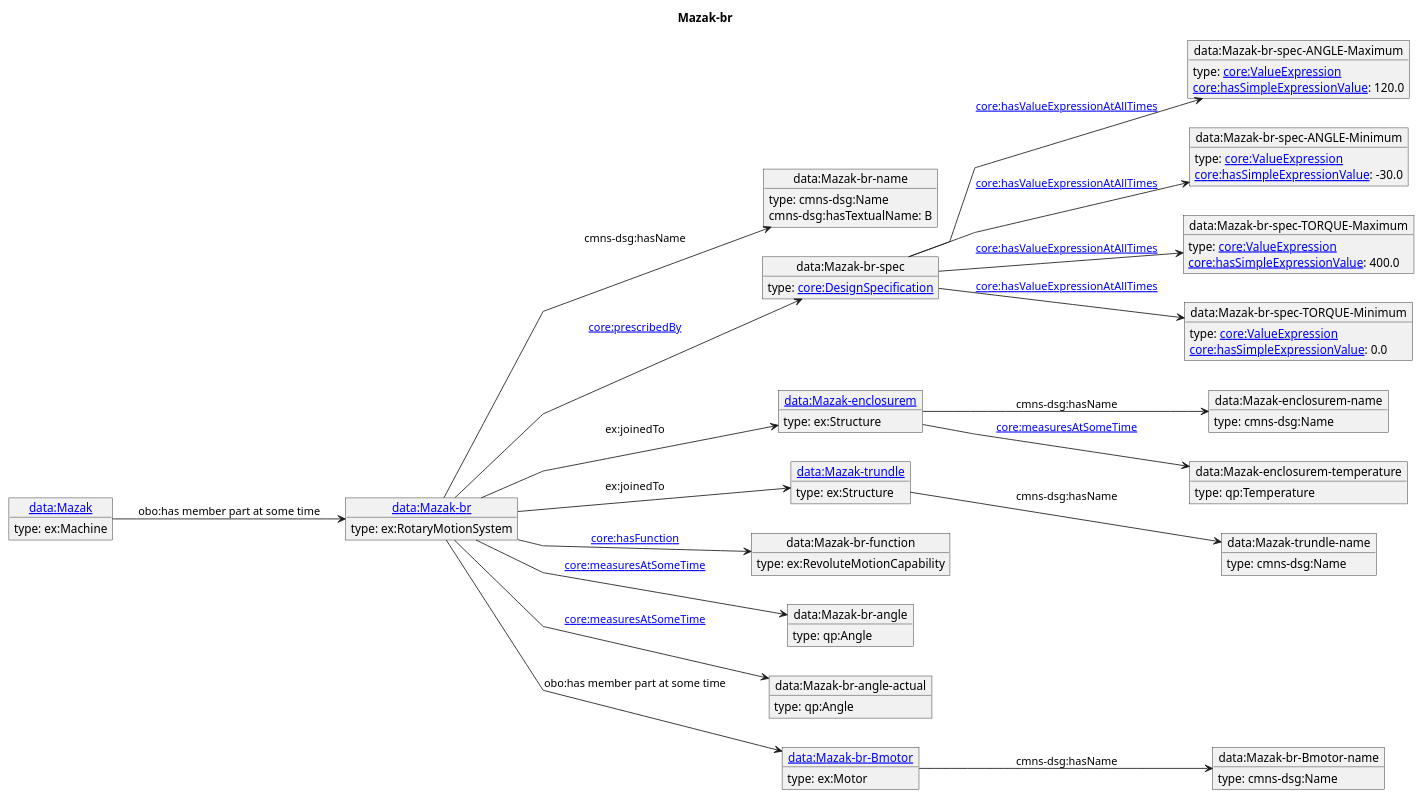
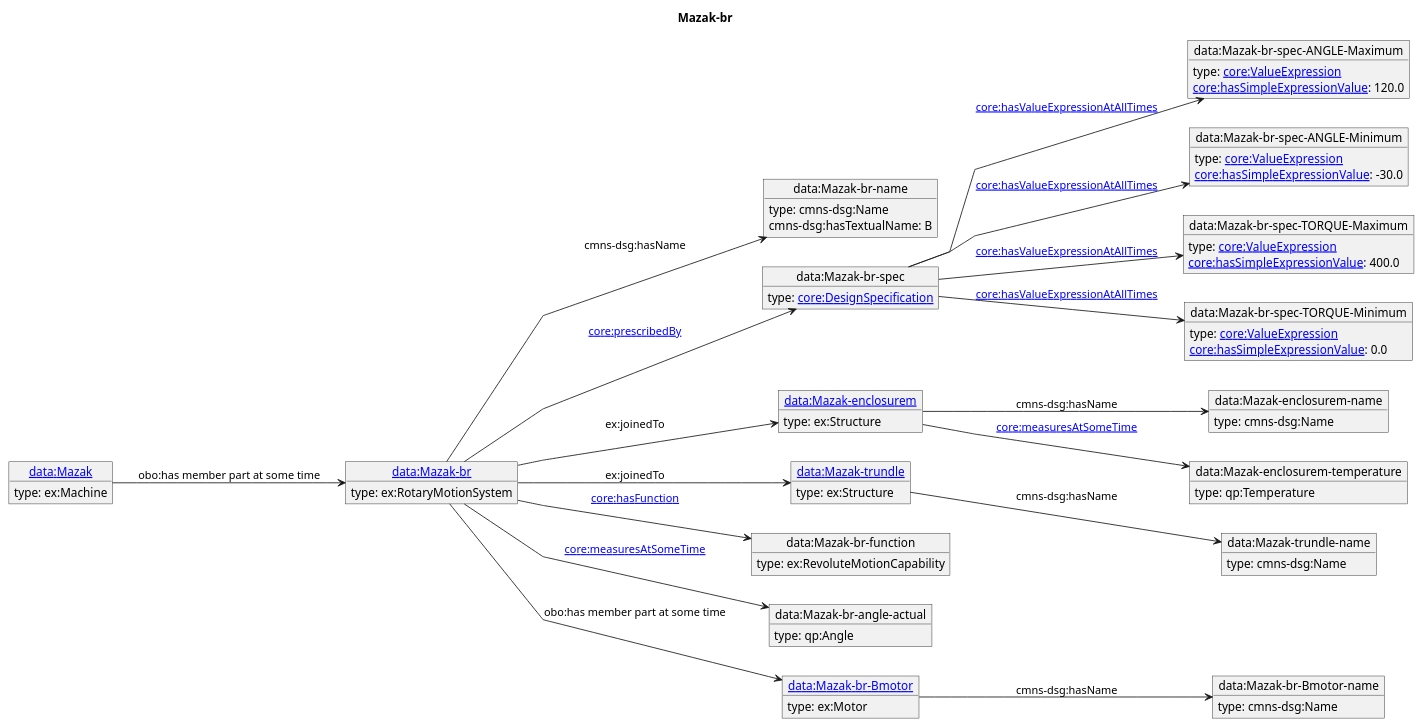
Before and after one commit to iofoundry/example-syseng-mtconnect: the diagram in diagrams/Mazak-br.puml, drawn with PlantUML. The commit also changed 25 other files, not shown here.

```diff
--- a/diagrams/Mazak-br.puml
+++ b/diagrams/Mazak-br.puml
@@ -1,81 +1,77 @@
 @startuml
 skinparam linetype polyline
 left to right direction
 title Mazak-br
 object "[[./Mazak-br.html data:Mazak-br]]" as o1 {
  type: ex:RotaryMotionSystem 
 }
 object "data:Mazak-br-name" as o2 {
  type: cmns-dsg:Name 
 }
 object "data:Mazak-br-spec" as o3 {
  type: [[https://spec.industrialontologies.org/ontology/core/Core/DesignSpecification core:DesignSpecification]] 
 }
 object "data:Mazak-br-spec-ANGLE-Maximum" as o4 {
  type: [[https://spec.industrialontologies.org/ontology/core/Core/ValueExpression core:ValueExpression]] 
 }
 object "data:Mazak-br-spec-ANGLE-Minimum" as o5 {
  type: [[https://spec.industrialontologies.org/ontology/core/Core/ValueExpression core:ValueExpression]] 
 }
 object "data:Mazak-br-spec-TORQUE-Maximum" as o6 {
  type: [[https://spec.industrialontologies.org/ontology/core/Core/ValueExpression core:ValueExpression]] 
 }
 object "data:Mazak-br-spec-TORQUE-Minimum" as o7 {
  type: [[https://spec.industrialontologies.org/ontology/core/Core/ValueExpression core:ValueExpression]] 
 }
 object "[[./Mazak-enclosurem.html data:Mazak-enclosurem]]" as o8 {
  type: ex:Structure 
 }
 object "data:Mazak-enclosurem-name" as o9 {
  type: cmns-dsg:Name 
 }
 object "data:Mazak-enclosurem-temperature" as o10 {
  type: qp:Temperature 
 }
 object "[[./Mazak-trundle.html data:Mazak-trundle]]" as o11 {
  type: ex:Structure 
 }
 object "data:Mazak-trundle-name" as o12 {
  type: cmns-dsg:Name 
 }
 object "data:Mazak-br-function" as o13 {
  type: ex:RevoluteMotionCapability 
 }
-object "data:Mazak-br-angle" as o14 {
+object "data:Mazak-br-angle-actual" as o14 {
  type: qp:Angle 
 }
-object "data:Mazak-br-angle-actual" as o15 {
- type: qp:Angle 
-}
-object "[[./Mazak-br-Bmotor.html data:Mazak-br-Bmotor]]" as o16 {
+object "[[./Mazak-br-Bmotor.html data:Mazak-br-Bmotor]]" as o15 {
  type: ex:Motor 
 }
-object "data:Mazak-br-Bmotor-name" as o17 {
+object "data:Mazak-br-Bmotor-name" as o16 {
  type: cmns-dsg:Name 
 }
-object "[[./Mazak.html data:Mazak]]" as o18 {
+object "[[./Mazak.html data:Mazak]]" as o17 {
  type: ex:Machine 
 }
 o1 --> o2 : cmns-dsg:hasName
 o2 : cmns-dsg:hasTextualName: B
 o1 --> o3 : [[https://spec.industrialontologies.org/ontology/core/Core/prescribedBy core:prescribedBy]]
 o3 --> o4 : [[https://spec.industrialontologies.org/ontology/core/Core/hasValueExpressionAtAllTimes core:hasValueExpressionAtAllTimes]]
 o4 : [[https://spec.industrialontologies.org/ontology/core/Core/hasSimpleExpressionValue core:hasSimpleExpressionValue]]: 120.0
 o3 --> o5 : [[https://spec.industrialontologies.org/ontology/core/Core/hasValueExpressionAtAllTimes core:hasValueExpressionAtAllTimes]]
 o5 : [[https://spec.industrialontologies.org/ontology/core/Core/hasSimpleExpressionValue core:hasSimpleExpressionValue]]: -30.0
 o3 --> o6 : [[https://spec.industrialontologies.org/ontology/core/Core/hasValueExpressionAtAllTimes core:hasValueExpressionAtAllTimes]]
 o6 : [[https://spec.industrialontologies.org/ontology/core/Core/hasSimpleExpressionValue core:hasSimpleExpressionValue]]: 400.0
 o3 --> o7 : [[https://spec.industrialontologies.org/ontology/core/Core/hasValueExpressionAtAllTimes core:hasValueExpressionAtAllTimes]]
 o7 : [[https://spec.industrialontologies.org/ontology/core/Core/hasSimpleExpressionValue core:hasSimpleExpressionValue]]: 0.0
 o1 --> o8 : ex:joinedTo
 o8 --> o9 : cmns-dsg:hasName
 o8 --> o10 : [[https://spec.industrialontologies.org/ontology/core/Core/measuresAtSomeTime core:measuresAtSomeTime]]
 o1 --> o11 : ex:joinedTo
 o11 --> o12 : cmns-dsg:hasName
 o1 --> o13 : [[https://spec.industrialontologies.org/ontology/core/Core/hasFunction core:hasFunction]]
 o1 --> o14 : [[https://spec.industrialontologies.org/ontology/core/Core/measuresAtSomeTime core:measuresAtSomeTime]]
-o1 --> o15 : [[https://spec.industrialontologies.org/ontology/core/Core/measuresAtSomeTime core:measuresAtSomeTime]]
-o1 --> o16 : obo:has member part at some time
-o16 --> o17 : cmns-dsg:hasName
-o18 --> o1 : obo:has member part at some time
+o1 --> o15 : obo:has member part at some time
+o15 --> o16 : cmns-dsg:hasName
+o17 --> o1 : obo:has member part at some time
 @enduml
```
